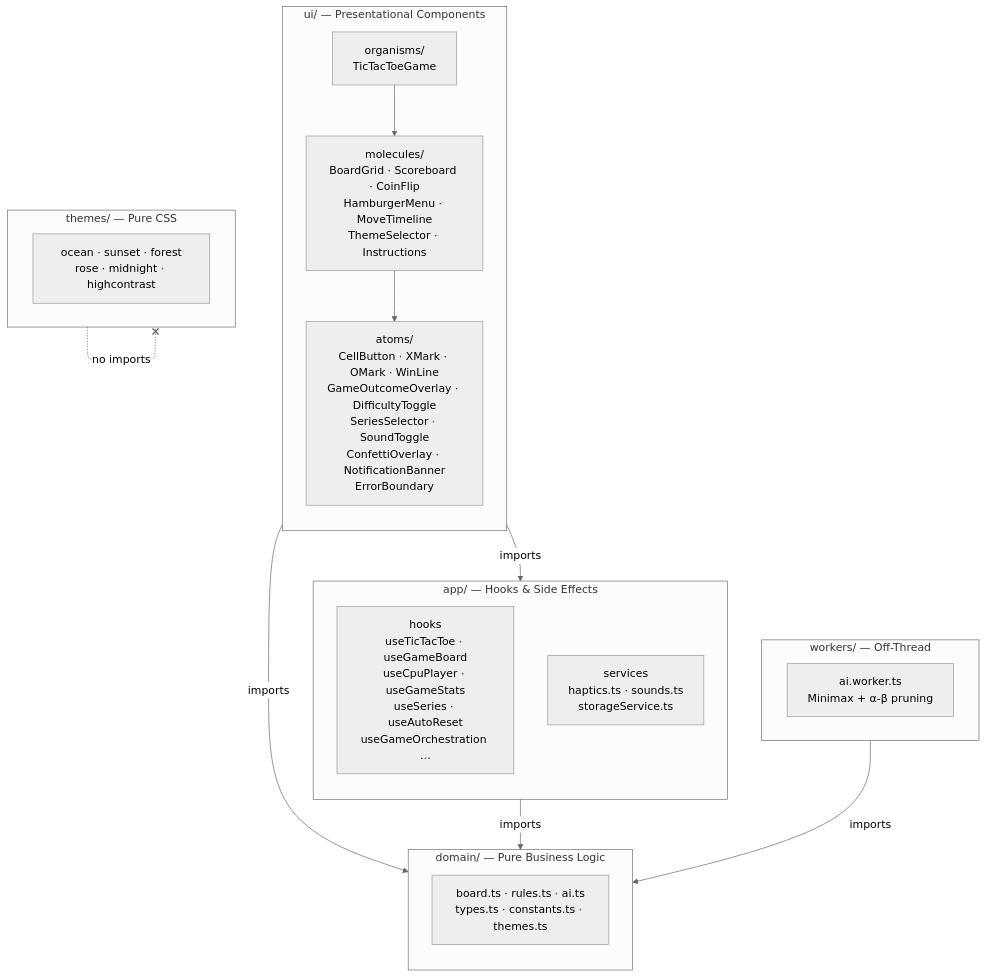
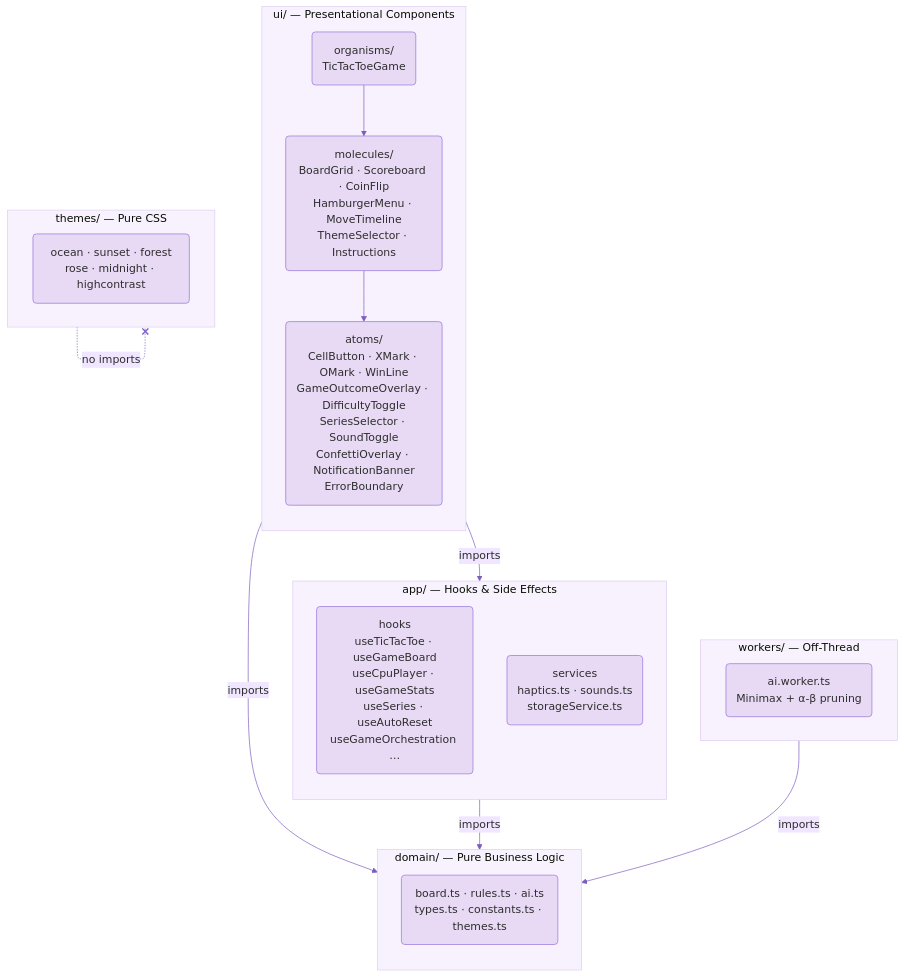
One commit to scottdreinhart/tictactoe changed the first of 9 diagrams in README.md. Above: the diagram before and after it, drawn with Mermaid. The commit also changed other lines of this file, not shown here.

Commit message:
docs: use lilac/purple theme with rounded nodes for all Mermaid diagrams

````diff
--- a/README.md
+++ b/README.md
@@ -357,36 +357,36 @@
 ```mermaid
-%%{init: {'theme': 'neutral'}}%%
+%%{init: {'theme': 'base', 'themeVariables': {'primaryColor': '#e8daf5', 'primaryTextColor': '#2d2d2d', 'primaryBorderColor': '#9370DB', 'lineColor': '#7c5cbf', 'secondaryColor': '#f0e6ff', 'tertiaryColor': '#f8f2ff', 'fontFamily': 'system-ui'}}}%%
 graph TD
   subgraph UI["ui/ — Presentational Components"]
     direction TB
-    organisms["organisms/\nTicTacToeGame"]
-    molecules["molecules/\nBoardGrid · Scoreboard · CoinFlip\nHamburgerMenu · MoveTimeline\nThemeSelector · Instructions"]
-    atoms["atoms/\nCellButton · XMark · OMark · WinLine\nGameOutcomeOverlay · DifficultyToggle\nSeriesSelector · SoundToggle\nConfettiOverlay · NotificationBanner\nErrorBoundary"]
+    organisms("organisms/\nTicTacToeGame")
+    molecules("molecules/\nBoardGrid · Scoreboard · CoinFlip\nHamburgerMenu · MoveTimeline\nThemeSelector · Instructions")
+    atoms("atoms/\nCellButton · XMark · OMark · WinLine\nGameOutcomeOverlay · DifficultyToggle\nSeriesSelector · SoundToggle\nConfettiOverlay · NotificationBanner\nErrorBoundary")
     organisms --> molecules --> atoms
   end
 
   subgraph APP["app/ — Hooks & Side Effects"]
     direction TB
-    hooks["hooks\nuseTicTacToe · useGameBoard\nuseCpuPlayer · useGameStats\nuseSeries · useAutoReset\nuseGameOrchestration …"]
-    services["services\nhaptics.ts · sounds.ts\nstorageService.ts"]
+    hooks("hooks\nuseTicTacToe · useGameBoard\nuseCpuPlayer · useGameStats\nuseSeries · useAutoReset\nuseGameOrchestration …")
+    services("services\nhaptics.ts · sounds.ts\nstorageService.ts")
   end
 
   subgraph DOMAIN["domain/ — Pure Business Logic"]
     direction TB
-    core["board.ts · rules.ts · ai.ts\ntypes.ts · constants.ts · themes.ts"]
+    core("board.ts · rules.ts · ai.ts\ntypes.ts · constants.ts · themes.ts")
   end
 
   subgraph WORKERS["workers/ — Off-Thread"]
-    worker["ai.worker.ts\nMinimax + α-β pruning"]
+    worker("ai.worker.ts\nMinimax + α-β pruning")
   end
 
   subgraph THEMES["themes/ — Pure CSS"]
-    css["ocean · sunset · forest\nrose · midnight · highcontrast"]
+    css("ocean · sunset · forest\nrose · midnight · highcontrast")
   end
 
   UI -->|imports| APP
   UI -->|imports| DOMAIN
   APP -->|imports| DOMAIN
   WORKERS -->|imports| DOMAIN
   THEMES -.-x|no imports| THEMES
 ```
````
